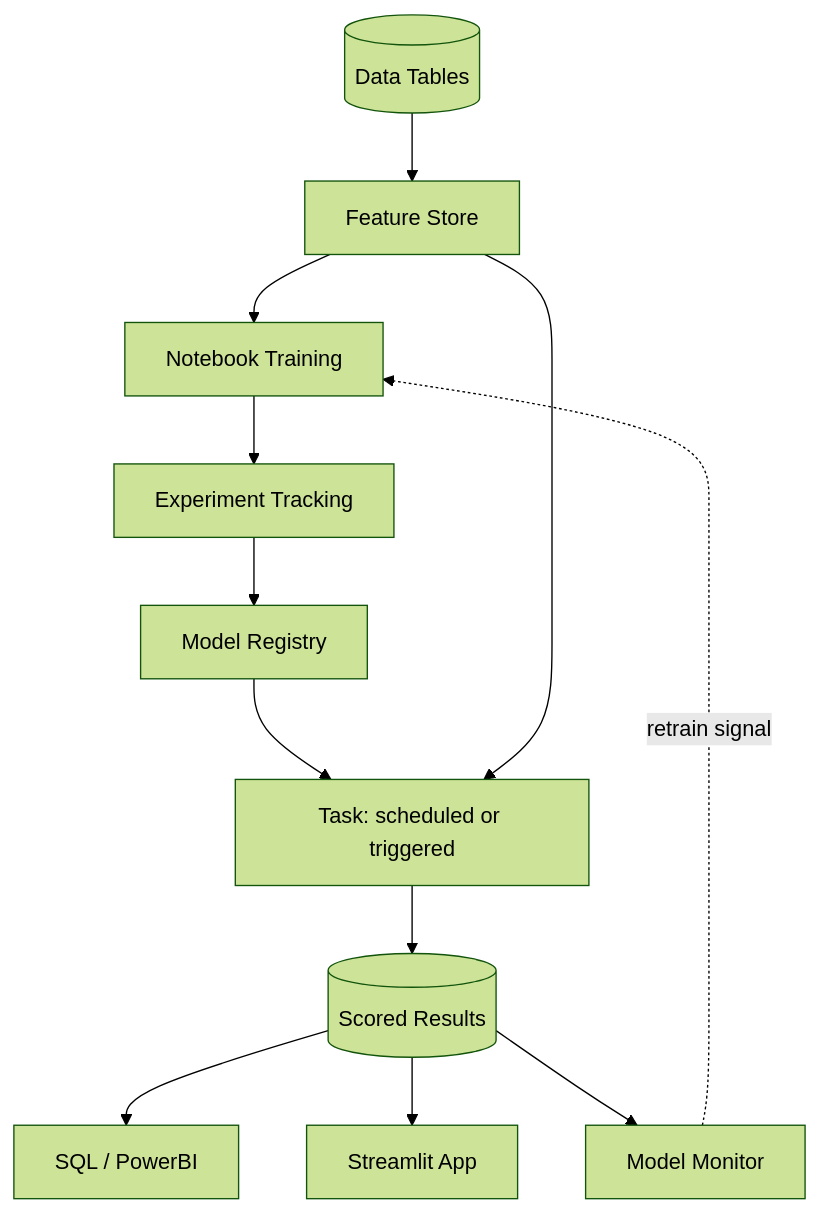
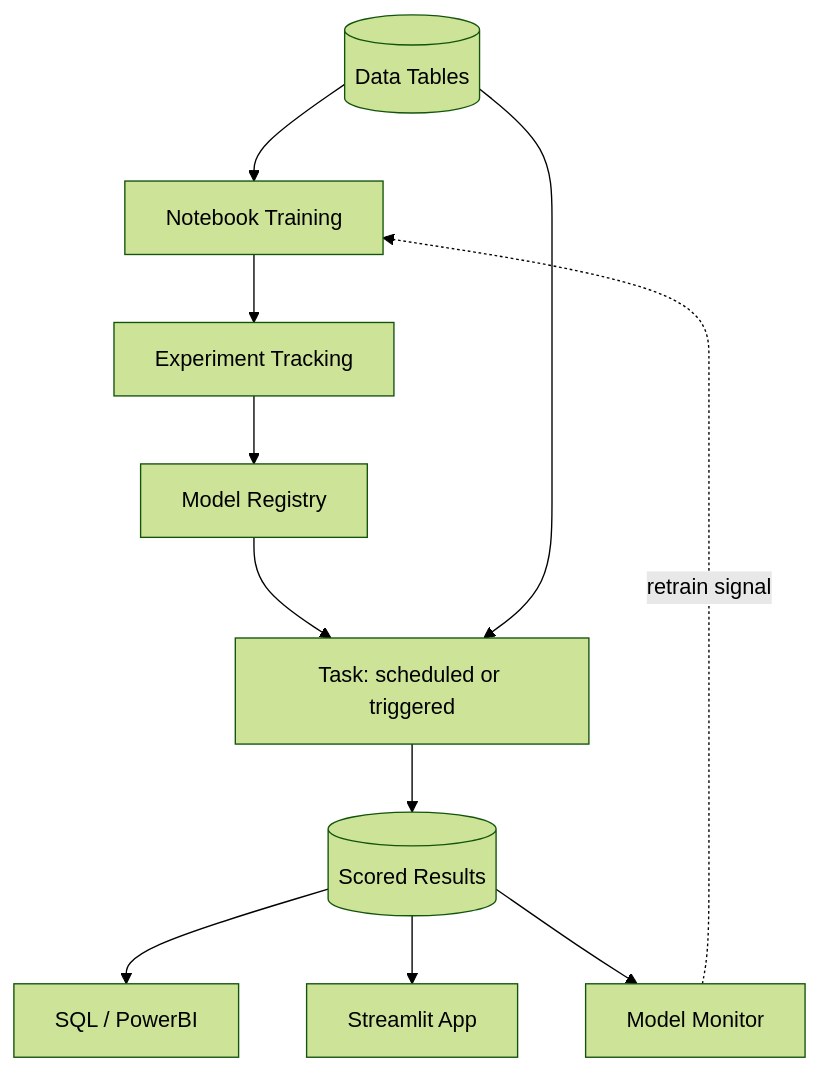
One commit to npalkar/snowflake-client-resources changed the diagram in credit-risk-ml/README.md. Above: the diagram before and after it, drawn with Mermaid (forest theme). The commit also changed other lines of this file, not shown here.

````diff
--- a/credit-risk-ml/README.md
+++ b/credit-risk-ml/README.md
@@ -56,18 +55,17 @@
 ```mermaid
 flowchart TD
-    Data[("Data Tables")] --> FS["Feature Store"]
-    FS --> NB["Notebook Training"]
+    Data[("Data Tables")] --> NB["Notebook Training"]
     NB --> Exp["Experiment Tracking"]
     Exp --> Reg["Model Registry"]
 
     Reg --> Task["Task: scheduled or triggered"]
-    FS --> Task
+    Data --> Task
 
     Task --> Scored[("Scored Results")]
 
     Scored --> SQL["SQL / PowerBI"]
     Scored --> ST["Streamlit App"]
     Scored --> Mon["Model Monitor"]
 
     Mon -.->|"retrain signal"| NB
 ```
````
